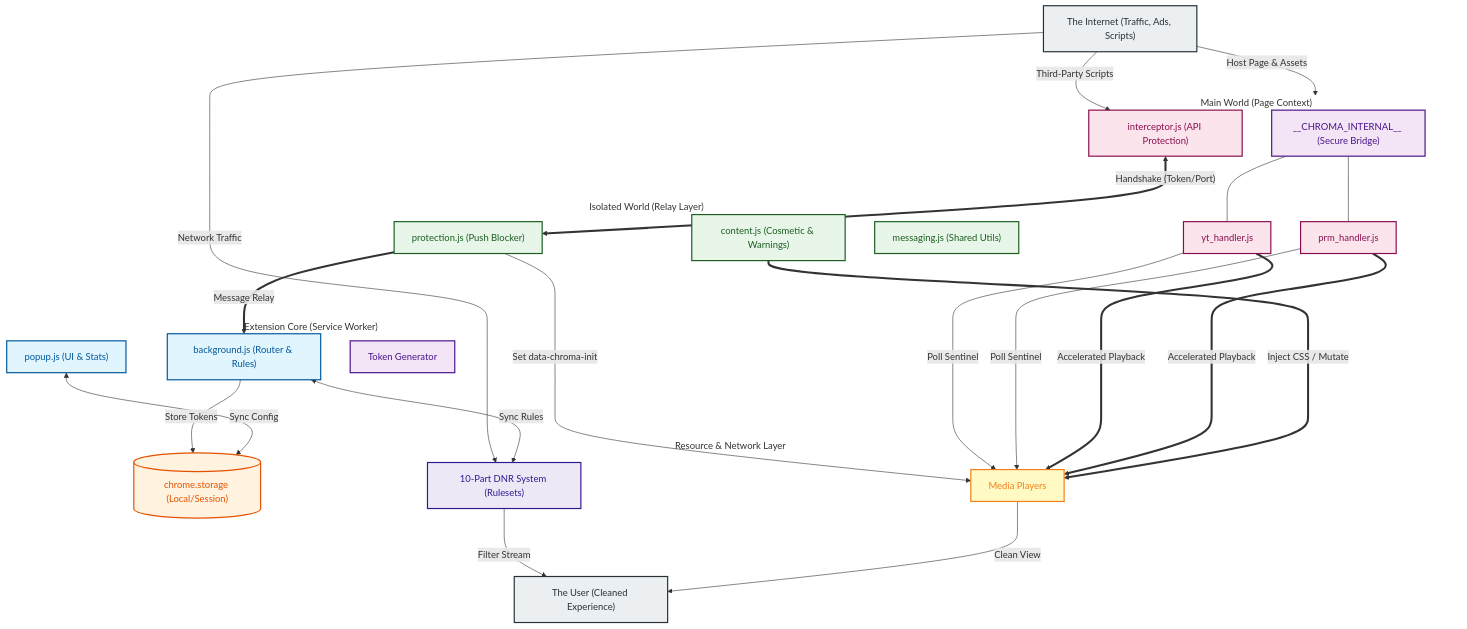
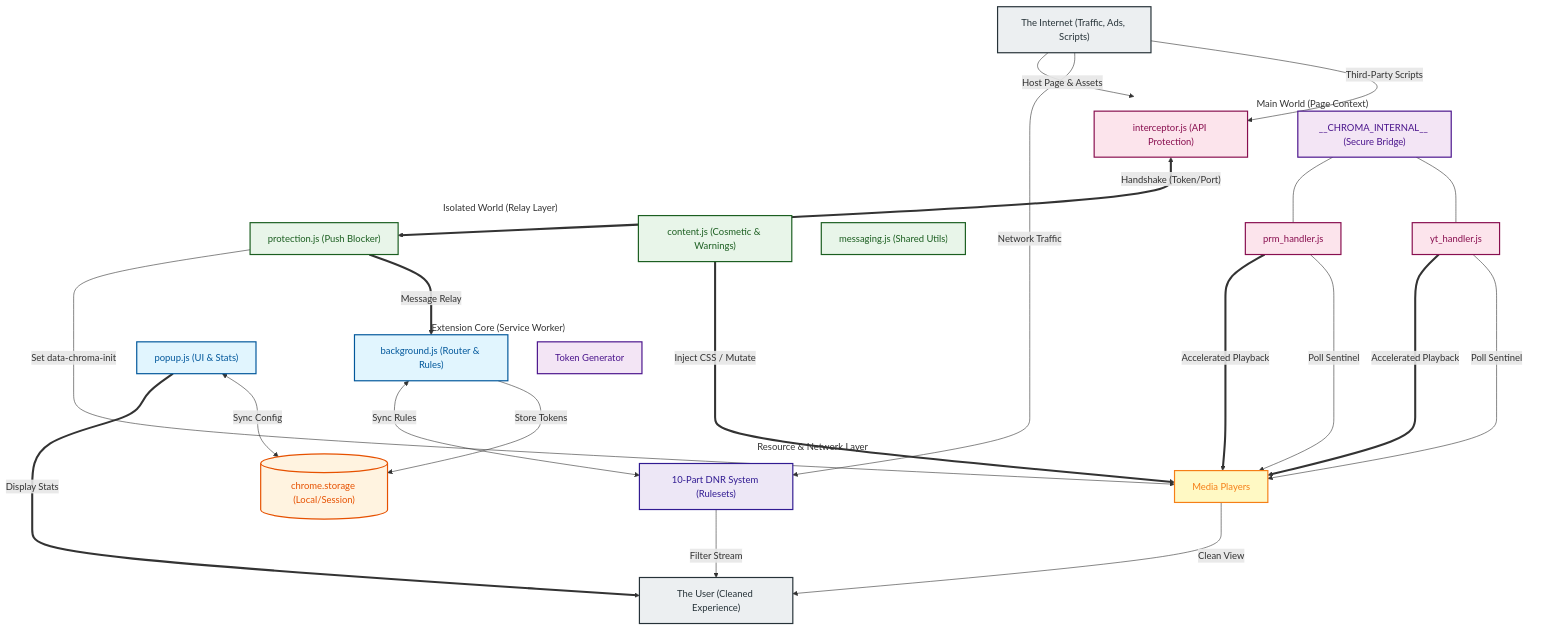
The diagram in README.md (Dabrogost/Chroma-Ad-Blocker), drawn with Mermaid before and after one commit.

Commit message:
docs: add display stats flow to architecture diagram in README

````diff
--- a/README.md
+++ b/README.md
@@ -22,77 +22,78 @@
 ```mermaid
 graph TD
     classDef sw fill:#e1f5fe,color:#01579b,stroke:#01579b,stroke-width:2px
     classDef storage fill:#fff3e0,color:#e65100,stroke:#e65100,stroke-width:2px
     classDef isolated fill:#e8f5e9,color:#1b5e20,stroke:#1b5e20,stroke-width:2px
     classDef main fill:#fce4ec,color:#880e4f,stroke:#880e4f,stroke-width:2px
     classDef dnr fill:#ede7f6,color:#311b92,stroke:#311b92,stroke-width:2px
     classDef dom fill:#fff9c4,color:#f57f17,stroke:#f57f17,stroke-width:2px
     classDef secure fill:#f3e5f5,color:#4a148c,stroke:#4a148c,stroke-width:2px
     classDef actor fill:#eceff1,color:#263238,stroke:#263238,stroke-width:2px
 
     %% --- LAYER 0: ENTRANCE ---
     INTERNET["The Internet (Traffic, Ads, Scripts)"]:::actor
 
     %% --- LAYER 1: MAIN WORLD (Execution Context) ---
     subgraph MW["Main World (Page Context)"]
         INTERCEPT["interceptor.js (API Protection)"]:::main
         YT_H["yt_handler.js"]:::main
         PRM_H["prm_handler.js"]:::main
         BRIDGE["__CHROMA_INTERNAL__ (Secure Bridge)"]:::secure
     end
 
     %% --- LAYER 2: ISOLATED WORLD (Extension Context) ---
     subgraph IW["Isolated World (Relay Layer)"]
         PROT["protection.js (Push Blocker)"]:::isolated
         CONT["content.js (Cosmetic & Warnings)"]:::isolated
         MSG_U["messaging.js (Shared Utils)"]:::isolated
     end
 
     %% --- LAYER 3: SERVICE WORKER CORE ---
     subgraph SW["Extension Core (Service Worker)"]
         BG["background.js (Router & Rules)"]:::sw
         TOKEN_G["Token Generator"]:::secure
     end
 
     %% --- LAYER 4: INFRASTRUCTURE ---
     subgraph System["Resource & Network Layer"]
         STORAGE[("chrome.storage (Local/Session)")]:::storage
         DNR["10-Part DNR System (Rulesets)"]:::dnr
         PLAYER["Media Players"]:::dom
     end
 
     %% --- LAYER 5: UI ---
     POPUP["popup.js (UI & Stats)"]:::sw
     USER["The User (Cleaned Experience)"]:::actor
 
     %% --- PIPELINE FLOW ---
     INTERNET -- "Host Page & Assets" --> MW
     INTERNET -- "Third-Party Scripts" --> INTERCEPT
     INTERNET -- "Network Traffic" --> DNR
     
     INTERCEPT <==>|"Handshake (Token/Port)"| PROT
     PROT ==>|"Message Relay"| BG
     BG -- "Store Tokens" --> STORAGE
     
     PROT -- "Set data-chroma-init" --> PLAYER
     YT_H -- "Poll Sentinel" --> PLAYER
     PRM_H -- "Poll Sentinel" --> PLAYER
     
     BRIDGE --- YT_H
     BRIDGE --- PRM_H
     YT_H ==>|"Accelerated Playback"| PLAYER
     PRM_H ==>|"Accelerated Playback"| PLAYER
     
     CONT ==>|"Inject CSS / Mutate"| PLAYER
     DNR -- "Filter Stream" --> USER
     PLAYER -- "Clean View" --> USER
     
     POPUP <-->|"Sync Config"| STORAGE
     BG <-->|"Sync Rules"| DNR
+    POPUP ==>|"Display Stats"| USER
 
     %% Style Tweaks
     style MW fill:none,stroke:none
     style IW fill:none,stroke:none
     style SW fill:none,stroke:none
     style System fill:none,stroke:none
 ```
````
